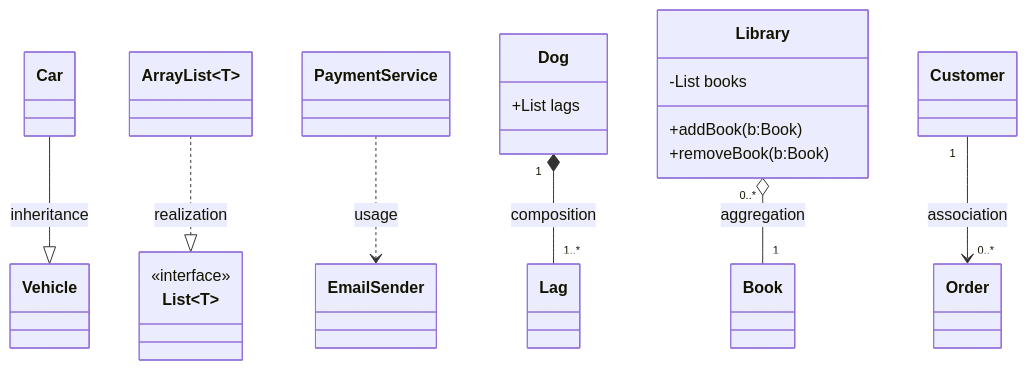
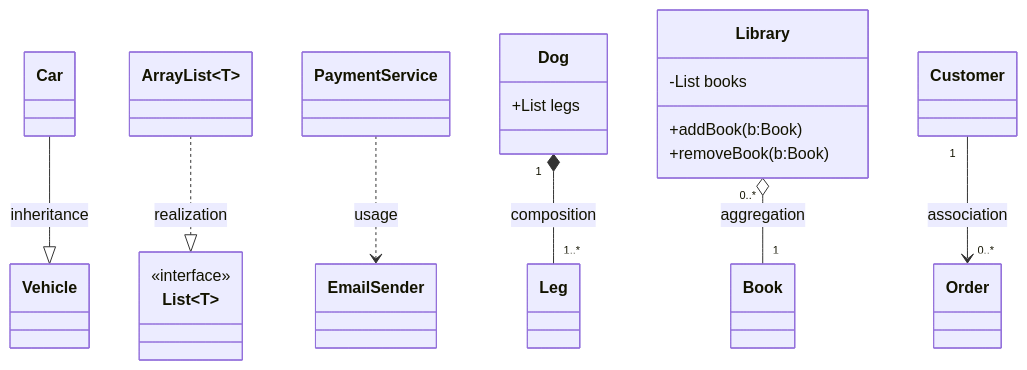
The diagram in uml/class_diagram.md (arbocdi/interview), drawn with Mermaid before and after one commit. The commit also changed 9 other files, not shown here.

````diff
--- a/uml/class_diagram.md
+++ b/uml/class_diagram.md
@@ -152,41 +152,41 @@
 ```mermaid
 classDiagram
 direction UD
 
 class Vehicle
 class Car
 
 class List~T~
 <<interface>> List
 
 class ArrayList~T~
 class EmailSender
 class PaymentService
 
 class Dog{
-+List lags
++List legs
 }
 class Library{
 -List books
 +addBook(b:Book)
 +removeBook(b:Book)
 }
 
 %% 1) Association + multiplicity
 Customer "1" --> "0..*" Order :  association
 
 %% 3) Composition (Order owns OrderLine lifecycle)
-Dog "1" *-- "1..*" Lag :  composition
+Dog "1" *-- "1..*" Leg :  composition
 
 %% 2) Aggregation (Order references Product; product lives independently)
 Library "0..*" o-- "1" Book :  aggregation
 
 %% 4) Generalization (inheritance)
 Car --|>  Vehicle : inheritance
 
 %% 5) Realization (implements interface)
 ArrayList ..|> List : realization
 
 %% 6) Dependency (uses temporarily)
 PaymentService ..> EmailSender :  usage
 ```
````
